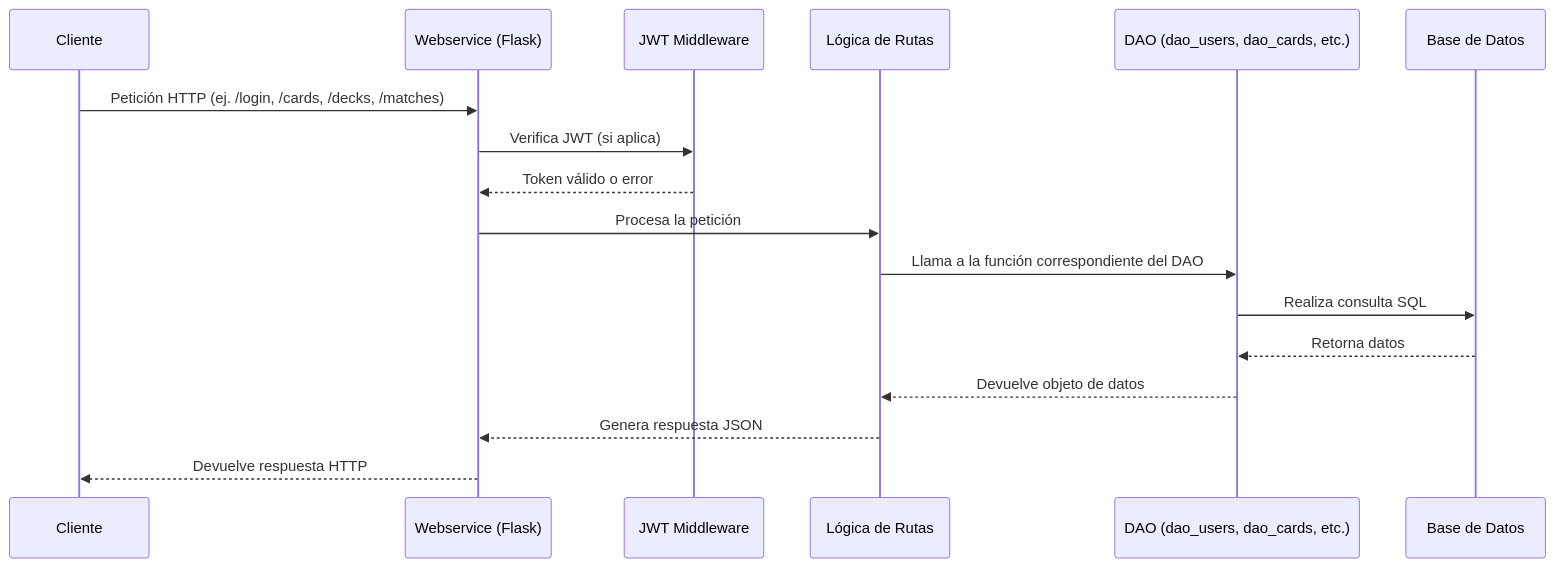
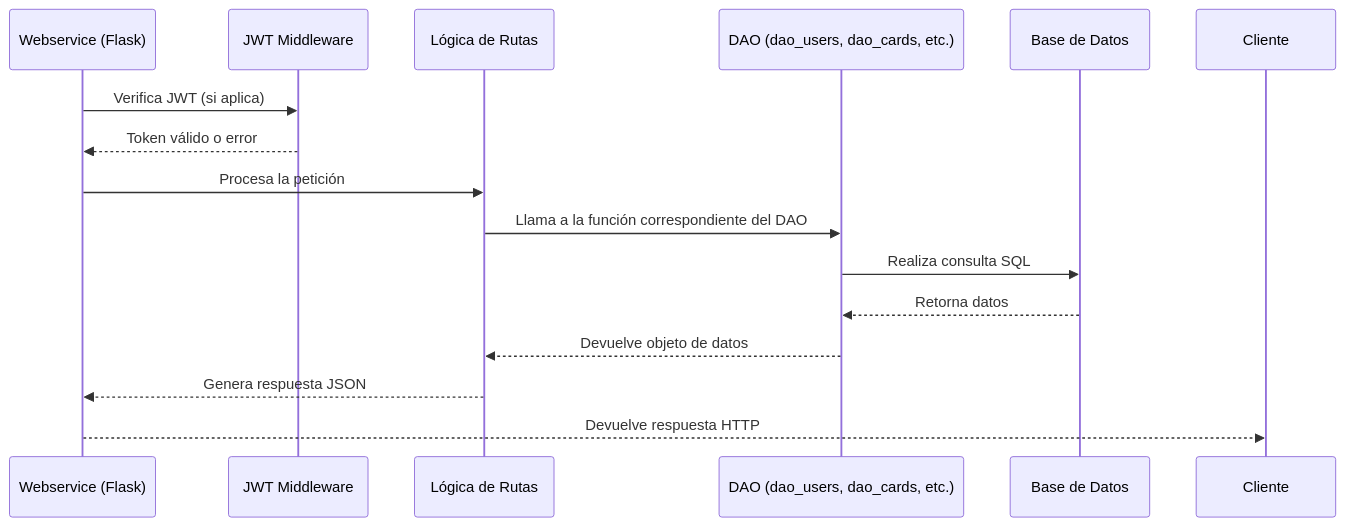
One commit to Dariella06/Rifters changed the diagram in Diagramas/Servidor.mermaid. Above: the diagram before and after it, drawn with Mermaid.

Commit message:
Mejoras de Servidor

```diff
--- a/Diagramas/Servidor.mermaid
+++ b/Diagramas/Servidor.mermaid
@@ -1,19 +1,17 @@
 sequenceDiagram
-    participant Cliente
     participant WebAPI as Webservice (Flask)
     participant Middleware as JWT Middleware
     participant ServerLogic as Lógica de Rutas
     participant DAO as DAO (dao_users, dao_cards, etc.)
     participant DB as Base de Datos
 
-    Cliente->>WebAPI: Petición HTTP (ej. /login, /cards, /decks, /matches)
     WebAPI->>Middleware: Verifica JWT (si aplica)
     Middleware-->>WebAPI: Token válido o error
 
     WebAPI->>ServerLogic: Procesa la petición
     ServerLogic->>DAO: Llama a la función correspondiente del DAO
     DAO->>DB: Realiza consulta SQL
     DB-->>DAO: Retorna datos
     DAO-->>ServerLogic: Devuelve objeto de datos
     ServerLogic-->>WebAPI: Genera respuesta JSON
     WebAPI-->>Cliente: Devuelve respuesta HTTP
```
